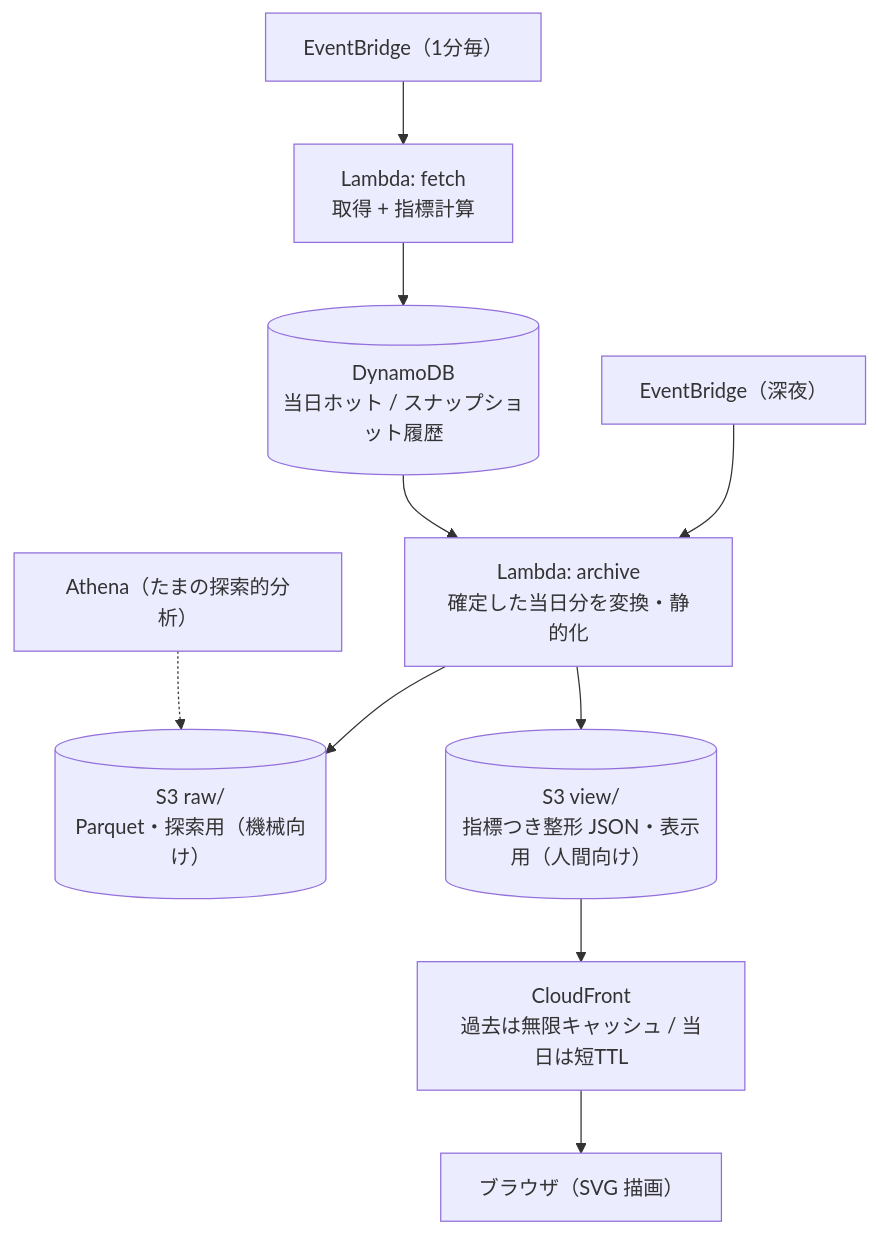
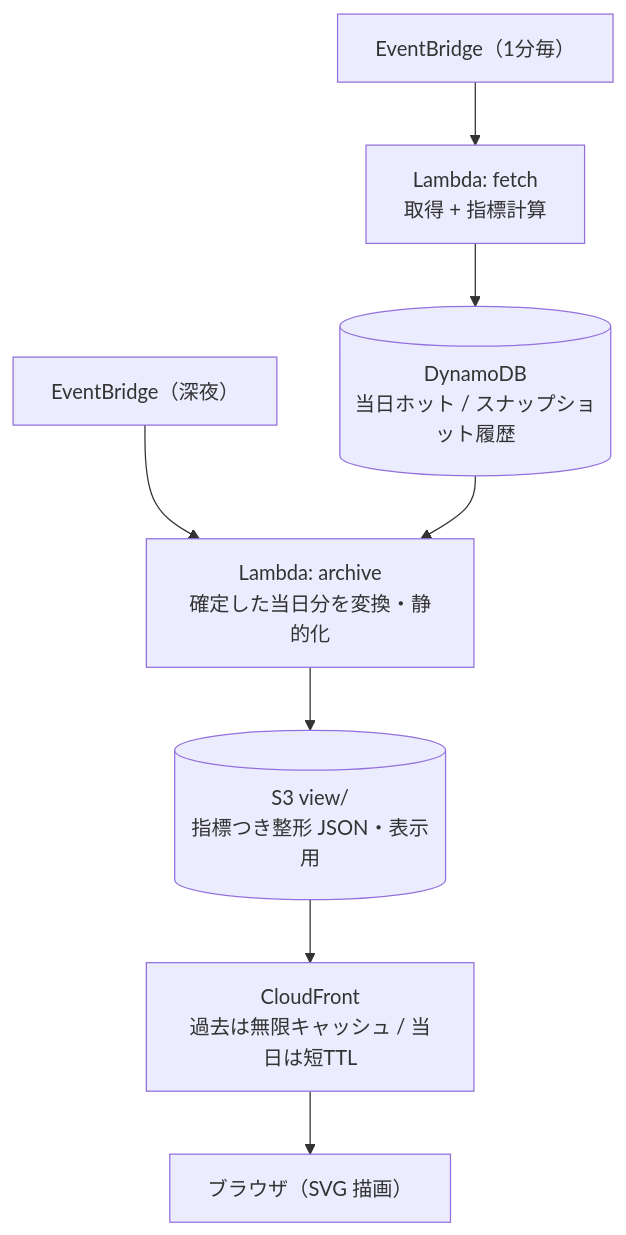
Before and after one commit to hakusoft/odds-resolver: the first of 2 diagrams in README.md, drawn with Mermaid. The commit also changed other lines of this file, not shown here.

First line of the commit message:
docs: Athena と raw/ を主経路から外し「必要時に後付け」へ整理

````diff
--- a/README.md
+++ b/README.md
@@ -61,12 +62,10 @@
 ```mermaid
 flowchart TB
   EB["EventBridge（1分毎）"] --> FETCH["Lambda: fetch<br>取得 + 指標計算"]
   FETCH --> DDB[("DynamoDB<br>当日ホット / スナップショット履歴")]
   EBN["EventBridge（深夜）"] --> ARC["Lambda: archive<br>確定した当日分を変換・静的化"]
   DDB --> ARC
-  ARC --> RAW[("S3 raw/<br>Parquet・探索用（機械向け）")]
-  ARC --> VIEW[("S3 view/<br>指標つき整形 JSON・表示用（人間向け）")]
+  ARC --> VIEW[("S3 view/<br>指標つき整形 JSON・表示用")]
   VIEW --> CF["CloudFront<br>過去は無限キャッシュ / 当日は短TTL"]
   CF --> BR["ブラウザ（SVG 描画）"]
-  ATH["Athena（たまの探索的分析）"] -.-> RAW
 ```
````
